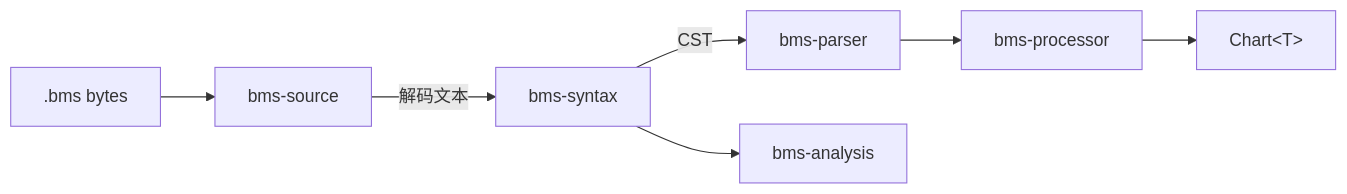
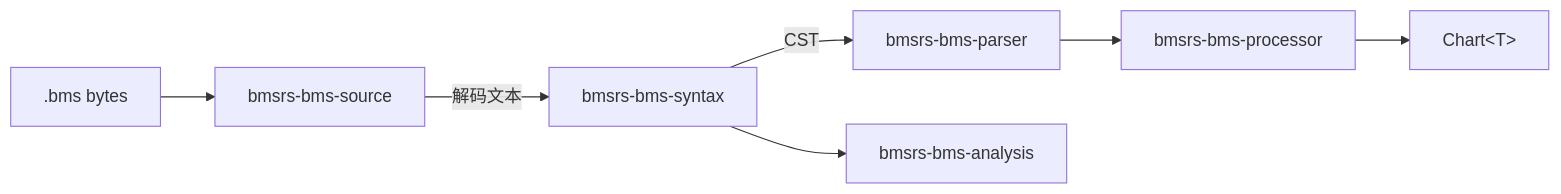
One commit to brightmeows/bmsrs changed the diagram in bms/AGENTS.md. Above: the diagram before and after it, drawn with Mermaid. The commit also changed other lines of this file and 95 other files, not shown here.

````diff
--- a/bms/AGENTS.md
+++ b/bms/AGENTS.md
@@ -9,9 +9,9 @@
 ```mermaid
 flowchart LR
-    Raw[".bms bytes"] --> Src[bms-source]
-    Src -->|解码文本| Syn[bms-syntax]
-    Syn -->|CST| Par[bms-parser]
-    Par --> Proc[bms-processor]
+    Raw[".bms bytes"] --> Src[bmsrs-bms-source]
+    Src -->|解码文本| Syn[bmsrs-bms-syntax]
+    Syn -->|CST| Par[bmsrs-bms-parser]
+    Par --> Proc[bmsrs-bms-processor]
     Proc --> Chart["Chart&lt;T&gt;"]
-    Syn --> Analysis[bms-analysis]
+    Syn --> Analysis[bmsrs-bms-analysis]
 ```
````
